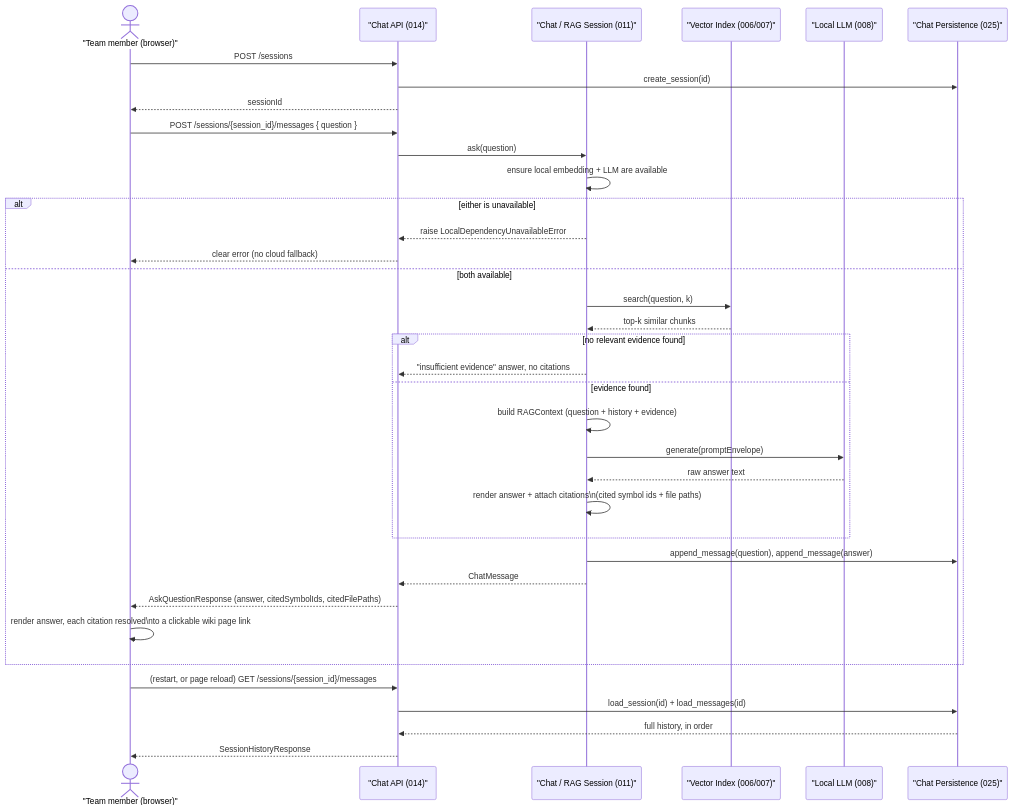
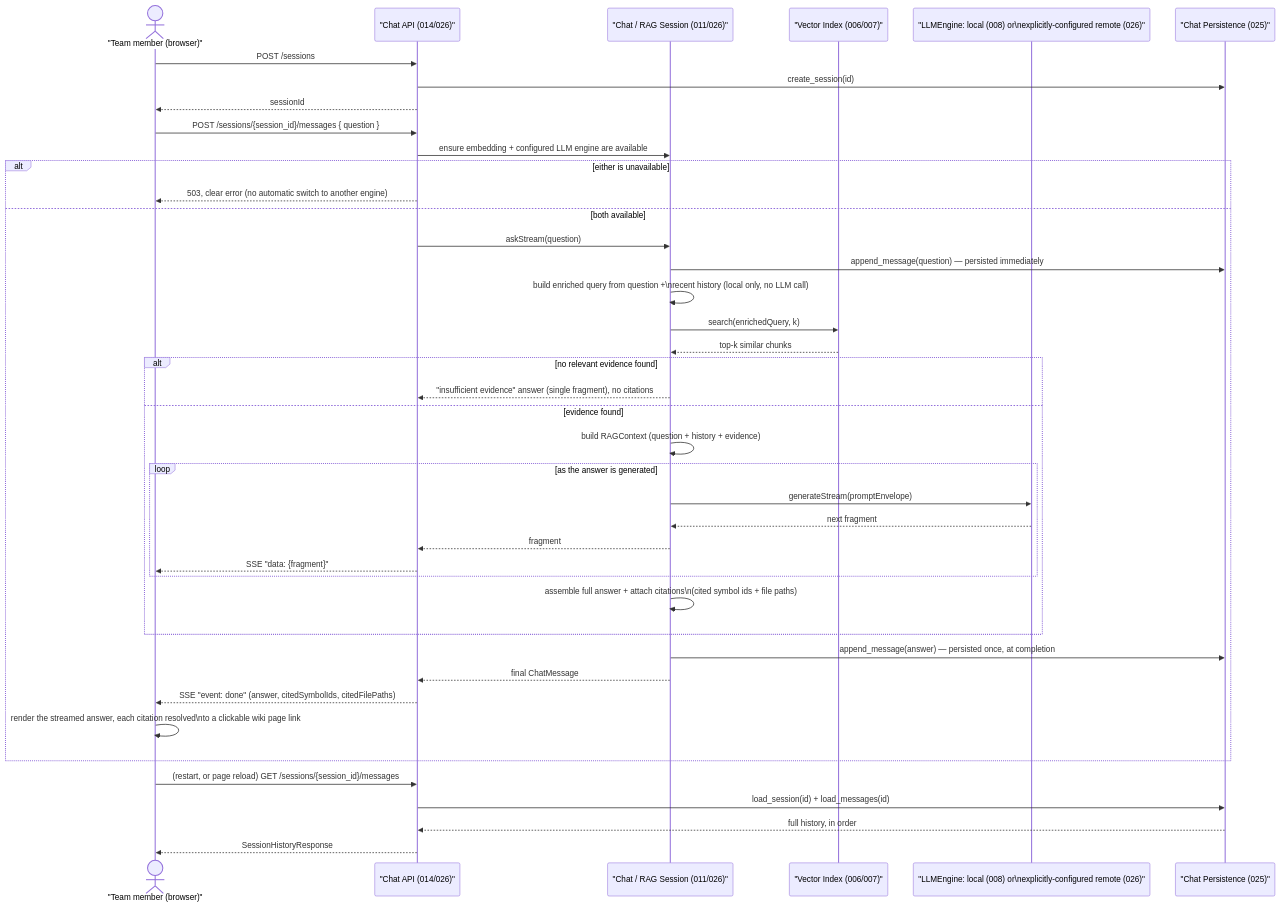
One commit to yassinelalaoui/codepedia changed the diagram in docs/diagrams/sequence-diagrams/03-chat-rag.md. Above: the diagram before and after it, drawn with Mermaid. The commit also changed other lines of this file and 43 other files, not shown here.

First line of the commit message:
Add streaming chat answers with conversation-aware retrieval and an opt-in remote LLM engine

````diff
--- a/docs/diagrams/sequence-diagrams/03-chat-rag.md
+++ b/docs/diagrams/sequence-diagrams/03-chat-rag.md
@@ -12,41 +15,46 @@
 ```mermaid
 sequenceDiagram
     actor Reader as "Team member (browser)"
-    participant ChatApiApp as "Chat API (014)"
-    participant ChatSession as "Chat / RAG Session (011)"
+    participant ChatApiApp as "Chat API (014/026)"
+    participant ChatSession as "Chat / RAG Session (011/026)"
     participant VectorIndex as "Vector Index (006/007)"
-    participant LocalLLMEngine as "Local LLM (008)"
+    participant LLMEngine as "LLMEngine: local (008) or\nexplicitly-configured remote (026)"
     participant ChatStore as "Chat Persistence (025)"
 
     Reader->>ChatApiApp: POST /sessions
     ChatApiApp->>ChatStore: create_session(id)
     ChatApiApp-->>Reader: sessionId
 
     Reader->>ChatApiApp: POST /sessions/{session_id}/messages { question }
-    ChatApiApp->>ChatSession: ask(question)
-    ChatSession->>ChatSession: ensure local embedding + LLM are available
+    ChatApiApp->>ChatSession: ensure embedding + configured LLM engine are available
     alt either is unavailable
-        ChatSession-->>ChatApiApp: raise LocalDependencyUnavailableError
-        ChatApiApp-->>Reader: clear error (no cloud fallback)
+        ChatApiApp-->>Reader: 503, clear error (no automatic switch to another engine)
     else both available
-        ChatSession->>VectorIndex: search(question, k)
+        ChatApiApp->>ChatSession: askStream(question)
+        ChatSession->>ChatStore: append_message(question) — persisted immediately
+        ChatSession->>ChatSession: build enriched query from question +\nrecent history (local only, no LLM call)
+        ChatSession->>VectorIndex: search(enrichedQuery, k)
         VectorIndex-->>ChatSession: top-k similar chunks
         alt no relevant evidence found
-            ChatSession-->>ChatApiApp: "insufficient evidence" answer, no citations
+            ChatSession-->>ChatApiApp: "insufficient evidence" answer (single fragment), no citations
         else evidence found
             ChatSession->>ChatSession: build RAGContext (question + history + evidence)
-            ChatSession->>LocalLLMEngine: generate(promptEnvelope)
-            LocalLLMEngine-->>ChatSession: raw answer text
-            ChatSession->>ChatSession: render answer + attach citations\n(cited symbol ids + file paths)
+            loop as the answer is generated
+                ChatSession->>LLMEngine: generateStream(promptEnvelope)
+                LLMEngine-->>ChatSession: next fragment
+                ChatSession-->>ChatApiApp: fragment
+                ChatApiApp-->>Reader: SSE "data: {fragment}"
+            end
+            ChatSession->>ChatSession: assemble full answer + attach citations\n(cited symbol ids + file paths)
         end
-        ChatSession->>ChatStore: append_message(question), append_message(answer)
-        ChatSession-->>ChatApiApp: ChatMessage
-        ChatApiApp-->>Reader: AskQuestionResponse (answer, citedSymbolIds, citedFilePaths)
-        Reader->>Reader: render answer, each citation resolved\nto a clickable wiki page link
+        ChatSession->>ChatStore: append_message(answer) — persisted once, at completion
+        ChatSession-->>ChatApiApp: final ChatMessage
+        ChatApiApp-->>Reader: SSE "event: done" (answer, citedSymbolIds, citedFilePaths)
+        Reader->>Reader: render the streamed answer, each citation resolved\nto a clickable wiki page link
     end
 
     Reader->>ChatApiApp: (restart, or page reload) GET /sessions/{session_id}/messages
     ChatApiApp->>ChatStore: load_session(id) + load_messages(id)
     ChatStore-->>ChatApiApp: full history, in order
     ChatApiApp-->>Reader: SessionHistoryResponse
 ```
````
